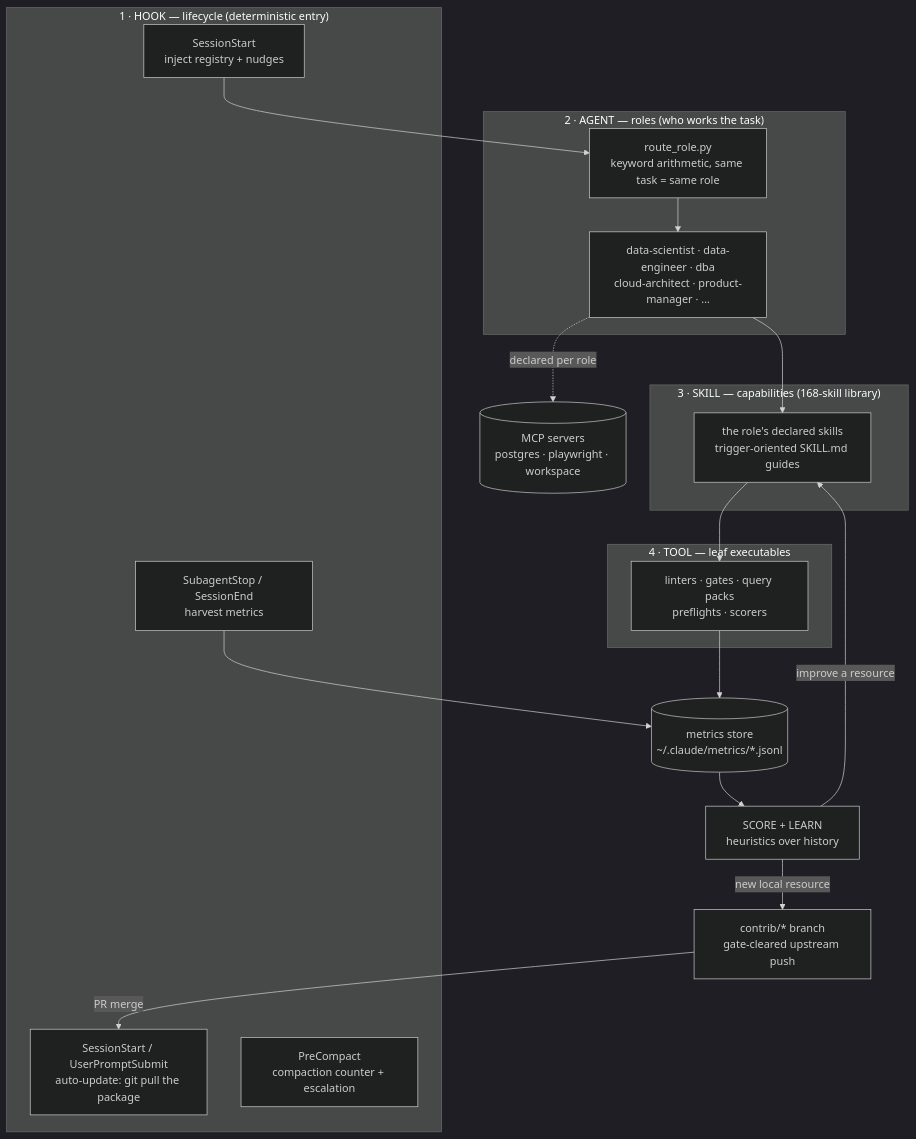
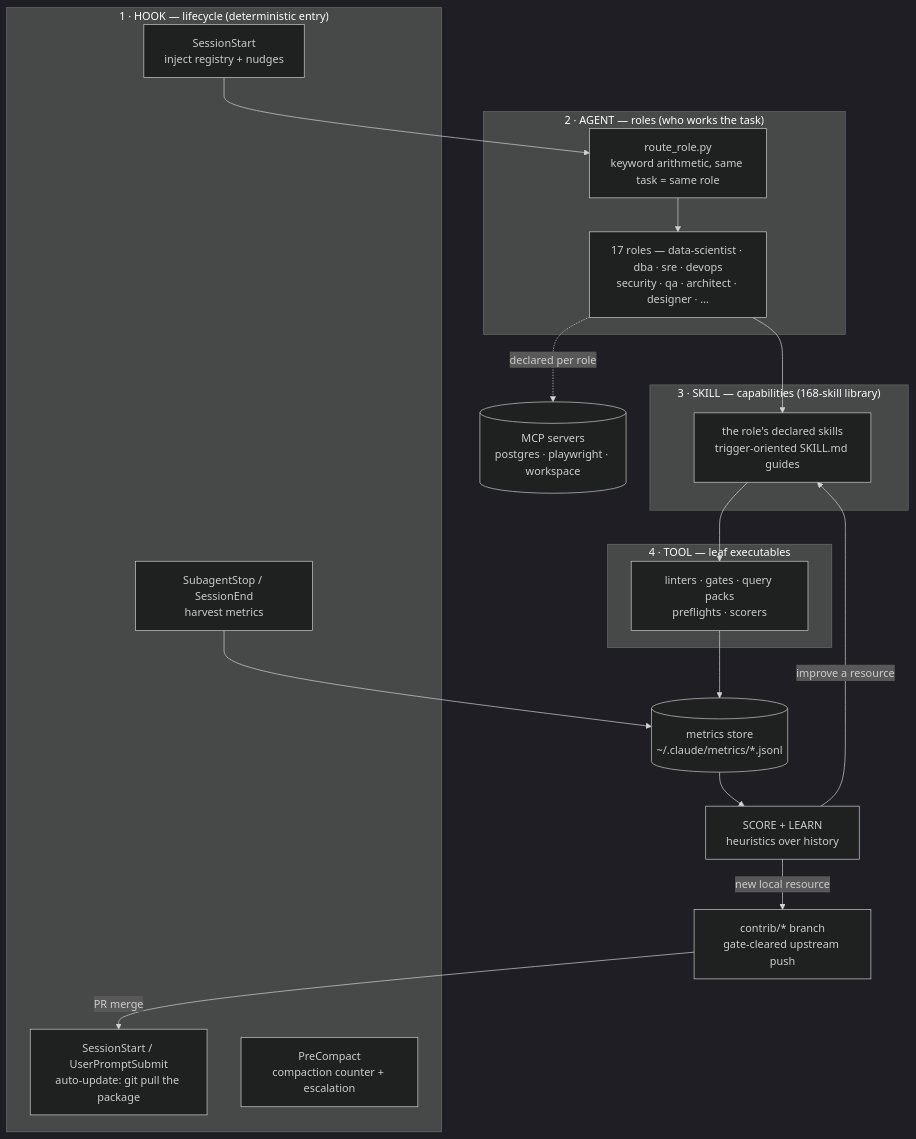
The first of 3 diagrams in README.md (ryanhurstdataconsulting/claude-agent-loop), drawn with Mermaid (dark theme) before and after one commit. The commit also changed other lines of this file and 15 other files, not shown here.

````diff
--- a/README.md
+++ b/README.md
@@ -19,39 +19,39 @@
 ```mermaid
 flowchart TD
     subgraph L1["1 · HOOK — lifecycle (deterministic entry)"]
         H1["SessionStart<br/>inject registry + nudges"]
         H2["SessionStart / UserPromptSubmit<br/>auto-update: git pull the package"]
         H3["PreCompact<br/>compaction counter + escalation"]
         H4["SubagentStop / SessionEnd<br/>harvest metrics"]
     end
 
     subgraph L2["2 · AGENT — roles (who works the task)"]
         R["route_role.py<br/>keyword arithmetic, same task = same role"]
-        RA["data-scientist · data-engineer · dba<br/>cloud-architect · product-manager · …"]
+        RA["17 roles — data-scientist · dba · sre · devops<br/>security · qa · architect · designer · …"]
     end
 
     subgraph L3["3 · SKILL — capabilities (168-skill library)"]
         S["the role's declared skills<br/>trigger-oriented SKILL.md guides"]
     end
 
     subgraph L4["4 · TOOL — leaf executables"]
         T["linters · gates · query packs<br/>preflights · scorers"]
     end
 
     MCP[("MCP servers<br/>postgres · playwright · workspace")]
     MET[("metrics store<br/>~/.claude/metrics/*.jsonl")]
     LEARN["SCORE + LEARN<br/>heuristics over history"]
     FLEET["contrib/* branch<br/>gate-cleared upstream push"]
 
     H1 --> R
     R --> RA
     RA --> S
     S --> T
     RA -.->|"declared per role"| MCP
     H4 --> MET
     T --> MET
     MET --> LEARN
     LEARN -->|"improve a resource"| S
     LEARN -->|"new local resource"| FLEET
     FLEET -->|"PR merge"| H2
 ```
````
